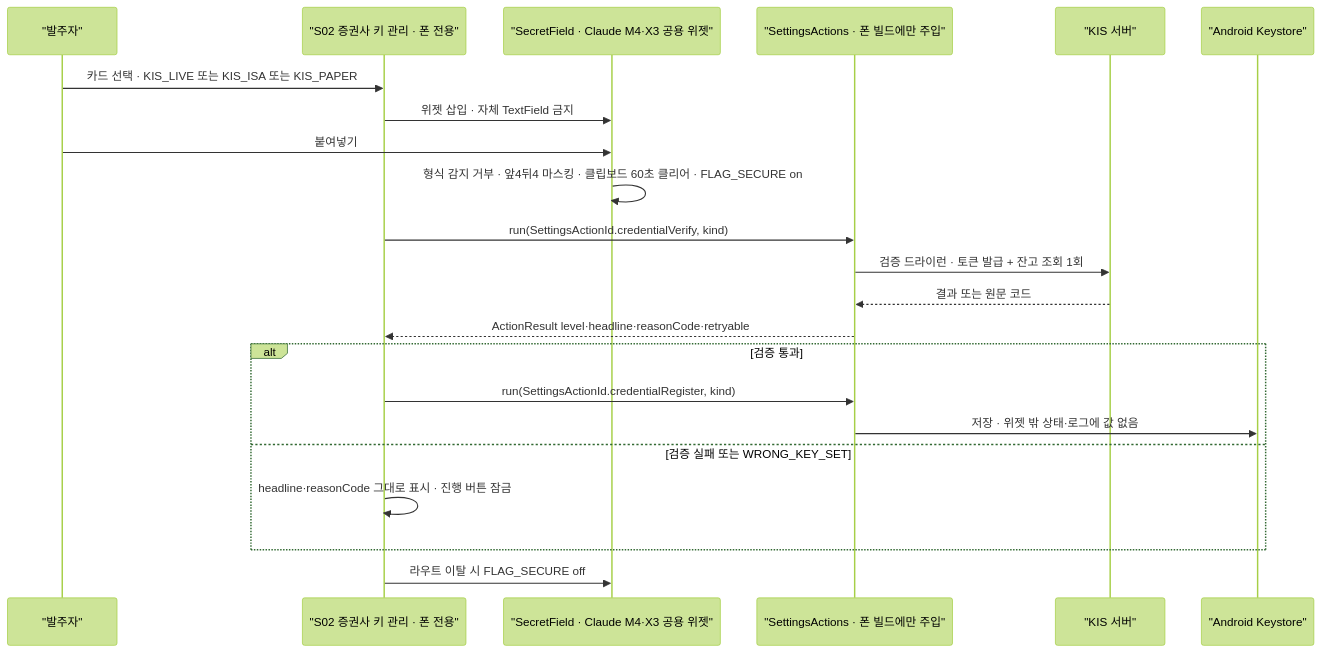
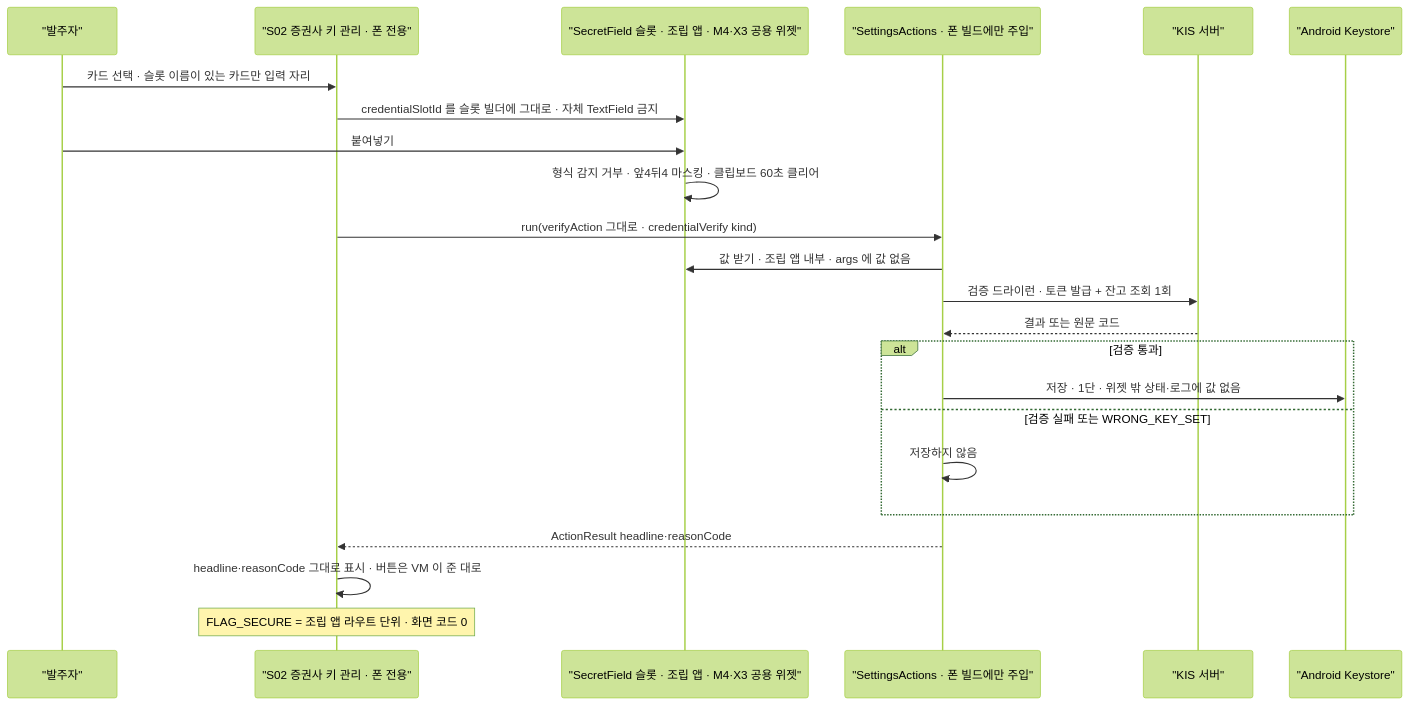
One commit to billybeom/AutoAlphaQuant changed the fifth of 24 diagrams in docs/ai-context/05_화면명세_M9_설정_관리자.md. Above: the diagram before and after it, drawn with Mermaid (forest theme). The commit also changed other lines of this file and 3 other files, not shown here.

````diff
--- a/docs/ai-context/05_화면명세_M9_설정_관리자.md
+++ b/docs/ai-context/05_화면명세_M9_설정_관리자.md
@@ -233,24 +233,25 @@
 ```mermaid
 sequenceDiagram
   participant U as "발주자"
   participant S02 as "S02 증권사 키 관리 · 폰 전용"
-  participant SF as "SecretField · Claude M4·X3 공용 위젯"
+  participant SF as "SecretField 슬롯 · 조립 앱 · M4·X3 공용 위젯"
   participant SA as "SettingsActions · 폰 빌드에만 주입"
   participant KIS as "KIS 서버"
   participant KS as "Android Keystore"
-  U->>S02: 카드 선택 · KIS_LIVE 또는 KIS_ISA 또는 KIS_PAPER
-  S02->>SF: 위젯 삽입 · 자체 TextField 금지
+  U->>S02: 카드 선택 · 슬롯 이름이 있는 카드만 입력 자리
+  S02->>SF: credentialSlotId 를 슬롯 빌더에 그대로 · 자체 TextField 금지
   U->>SF: 붙여넣기
-  SF->>SF: 형식 감지 거부 · 앞4뒤4 마스킹 · 클립보드 60초 클리어 · FLAG_SECURE on
-  S02->>SA: run(SettingsActionId.credentialVerify, kind)
+  SF->>SF: 형식 감지 거부 · 앞4뒤4 마스킹 · 클립보드 60초 클리어
+  S02->>SA: run(verifyAction 그대로 · credentialVerify kind)
+  SA->>SF: 값 받기 · 조립 앱 내부 · args 에 값 없음
   SA->>KIS: 검증 드라이런 · 토큰 발급 + 잔고 조회 1회
   KIS-->>SA: 결과 또는 원문 코드
-  SA-->>S02: ActionResult level·headline·reasonCode·retryable
   alt 검증 통과
-    S02->>SA: run(SettingsActionId.credentialRegister, kind)
-    SA->>KS: 저장 · 위젯 밖 상태·로그에 값 없음
+    SA->>KS: 저장 · 1단 · 위젯 밖 상태·로그에 값 없음
   else 검증 실패 또는 WRONG_KEY_SET
-    S02->>S02: headline·reasonCode 그대로 표시 · 진행 버튼 잠금
+    SA->>SA: 저장하지 않음
   end
-  S02->>SF: 라우트 이탈 시 FLAG_SECURE off
+  SA-->>S02: ActionResult headline·reasonCode
+  S02->>S02: headline·reasonCode 그대로 표시 · 버튼은 VM 이 준 대로
+  Note over S02: FLAG_SECURE = 조립 앱 라우트 단위 · 화면 코드 0
 ```
````
